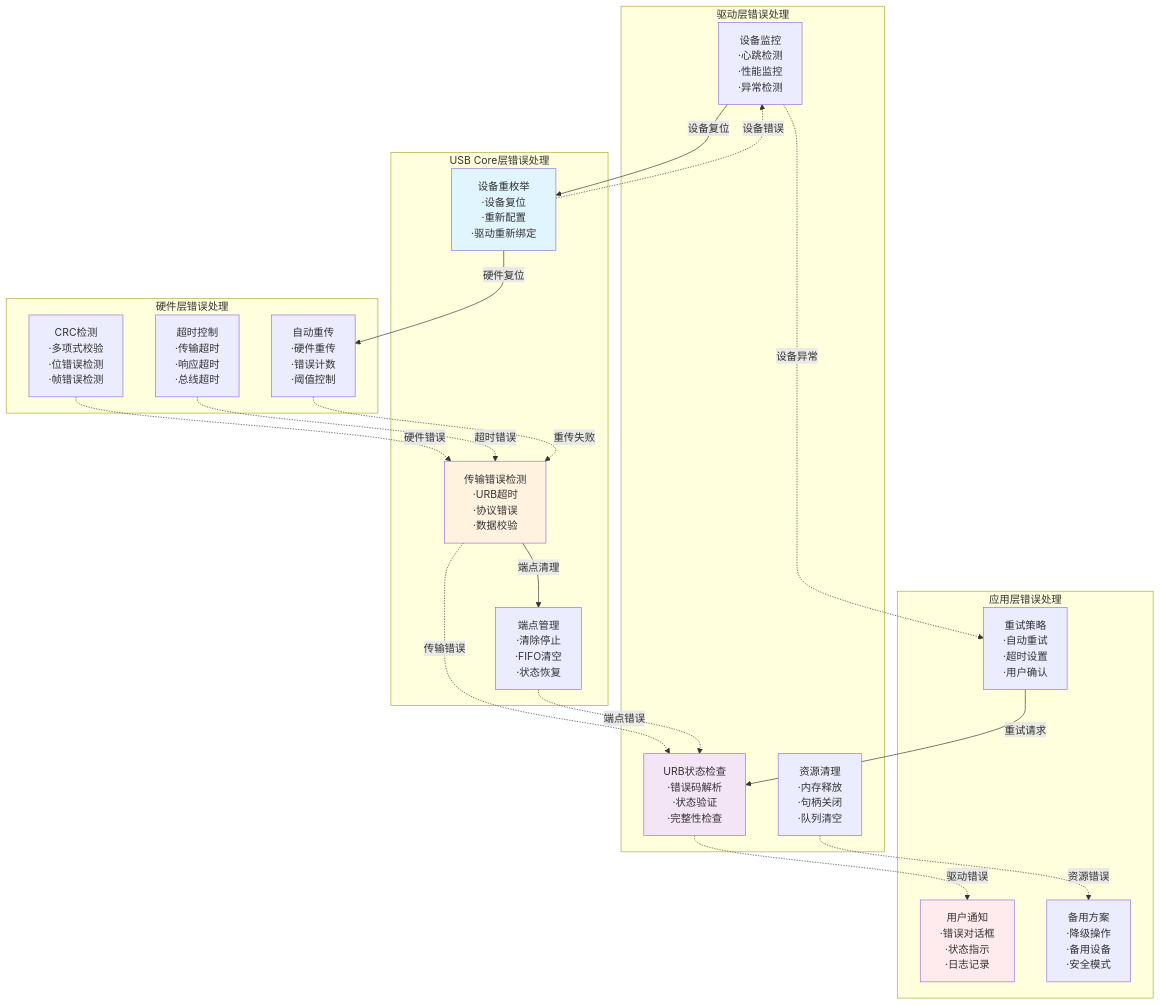
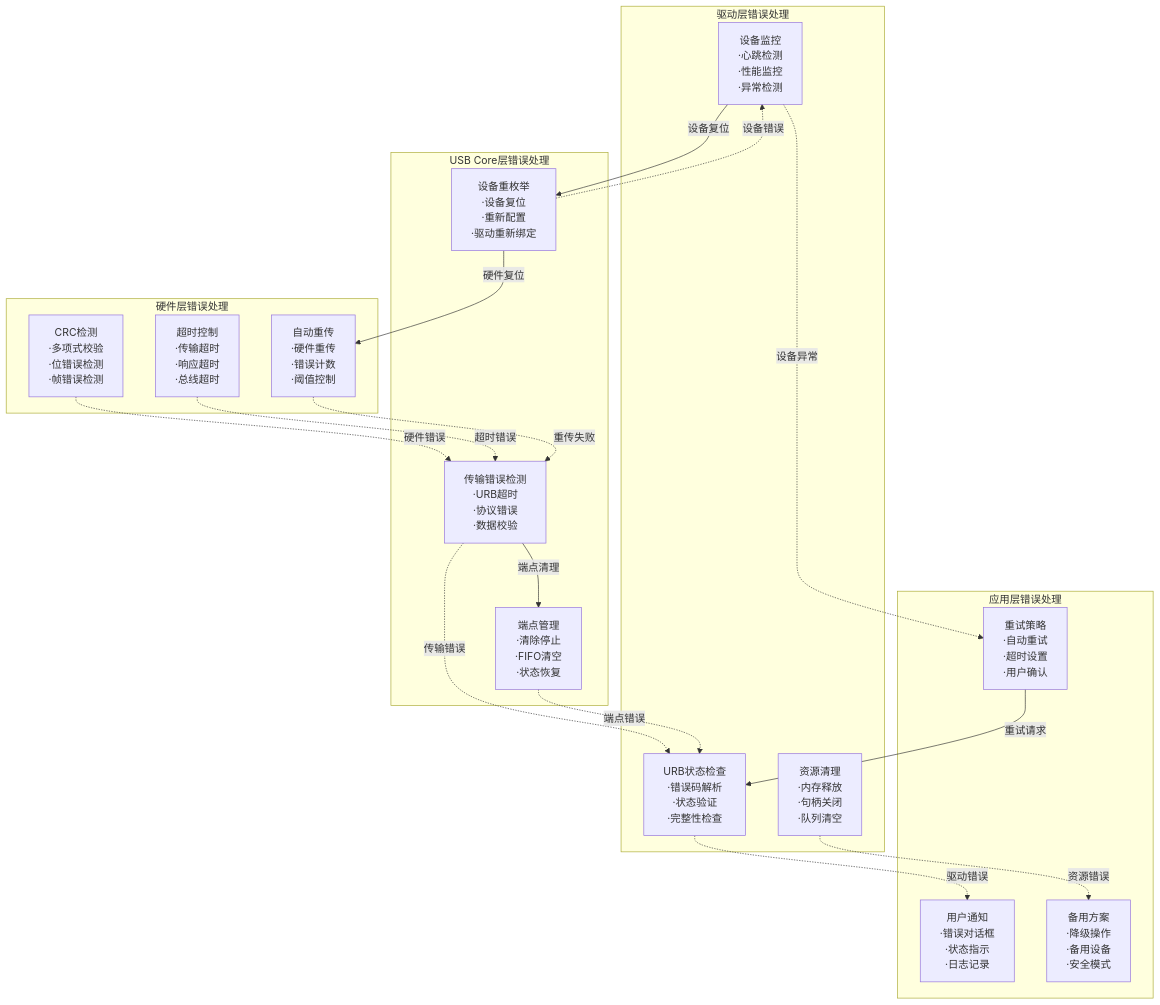
One commit to TbusOS/usb-learn changed diagram 15 of 21 in 08-USB架构图和流程图-可视化版.md. Above: the diagram before and after it, drawn with Mermaid. The commit also changed other lines of this file and 1 other file, not shown here.

````diff
--- a/08-USB架构图和流程图-可视化版.md
+++ b/08-USB架构图和流程图-可视化版.md
@@ -640,50 +625,47 @@
 ```mermaid
 graph TB
     subgraph "应用层错误处理"
         A1[用户通知<br/>·错误对话框<br/>·状态指示<br/>·日志记录]
         A2[重试策略<br/>·自动重试<br/>·超时设置<br/>·用户确认]  
         A3[备用方案<br/>·降级操作<br/>·备用设备<br/>·安全模式]
     end
     
     subgraph "驱动层错误处理"  
         B1[URB状态检查<br/>·错误码解析<br/>·状态验证<br/>·完整性检查]
         B2[设备监控<br/>·心跳检测<br/>·性能监控<br/>·异常检测]
         B3[资源清理<br/>·内存释放<br/>·句柄关闭<br/>·队列清空]
     end
     
     subgraph "USB Core层错误处理"
         C1[传输错误检测<br/>·URB超时<br/>·协议错误<br/>·数据校验]  
         C2[设备重枚举<br/>·设备复位<br/>·重新配置<br/>·驱动重新绑定]
         C3[端点管理<br/>·清除停止<br/>·FIFO清空<br/>·状态恢复]
     end
     
     subgraph "硬件层错误处理"
         D1[CRC检测<br/>·多项式校验<br/>·位错误检测<br/>·帧错误检测]
         D2[超时控制<br/>·传输超时<br/>·响应超时<br/>·总线超时] 
         D3[自动重传<br/>·硬件重传<br/>·错误计数<br/>·阈值控制]
     end
     
     %% 错误上报流向
     D1 -.->|硬件错误| C1
     D2 -.->|超时错误| C1  
     D3 -.->|重传失败| C1
     
     C1 -.->|传输错误| B1
     C2 -.->|设备错误| B2
     C3 -.->|端点错误| B1
     
     B1 -.->|驱动错误| A1
     B2 -.->|设备异常| A2
     B3 -.->|资源错误| A3
     
     %% 错误处理协作
     A2 -->|重试请求| B1  
     B2 -->|设备复位| C2
     C1 -->|端点清理| C3
     C2 -->|硬件复位| D3
     
-    style C1 fill:#fff3e0
-    style C2 fill:#e1f5fe
-    style B1 fill:#f3e5f5
-    style A1 fill:#ffebee
+
 ```
````
